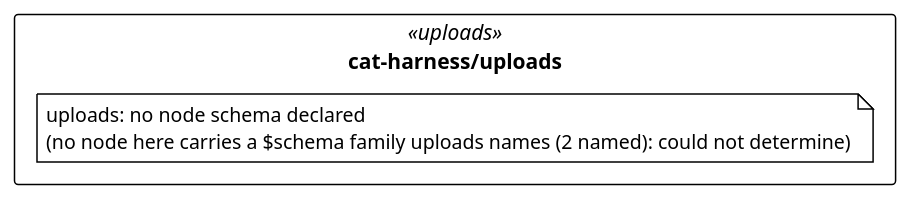
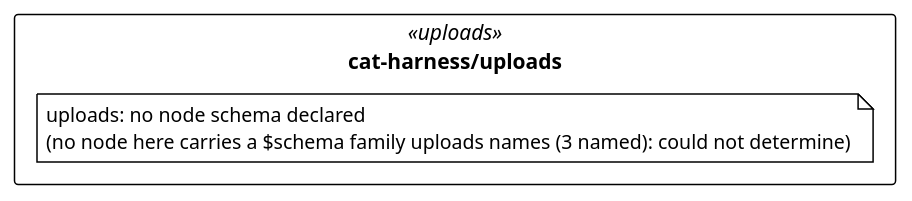
Before and after one commit to litlfred/folio-assistant: the diagram in cat-harness/uml/overview/cat-harness/uploads.puml, drawn with PlantUML. The commit also changed 47 other files, not shown here.

```diff
--- a/cat-harness/uml/overview/cat-harness/uploads.puml
+++ b/cat-harness/uml/overview/cat-harness/uploads.puml
@@ -3,13 +3,13 @@
 @startuml cat_harness_uploads
 !pragma layout elk
 !theme plain
 skinparam classAttributeIconSize 0
 skinparam shadowing false
 skinparam packageStyle rectangle
 hide empty methods
 
 package "cat-harness/uploads" as pkg_cat_harness_uploads <<uploads>> {
-  note "uploads: no node schema declared\n(no node here carries a $schema family uploads names (2 named): could not determine)" as n_cat_harness_uploads_uploads
+  note "uploads: no node schema declared\n(no node here carries a $schema family uploads names (3 named): could not determine)" as n_cat_harness_uploads_uploads
 }
 
 @enduml
```
